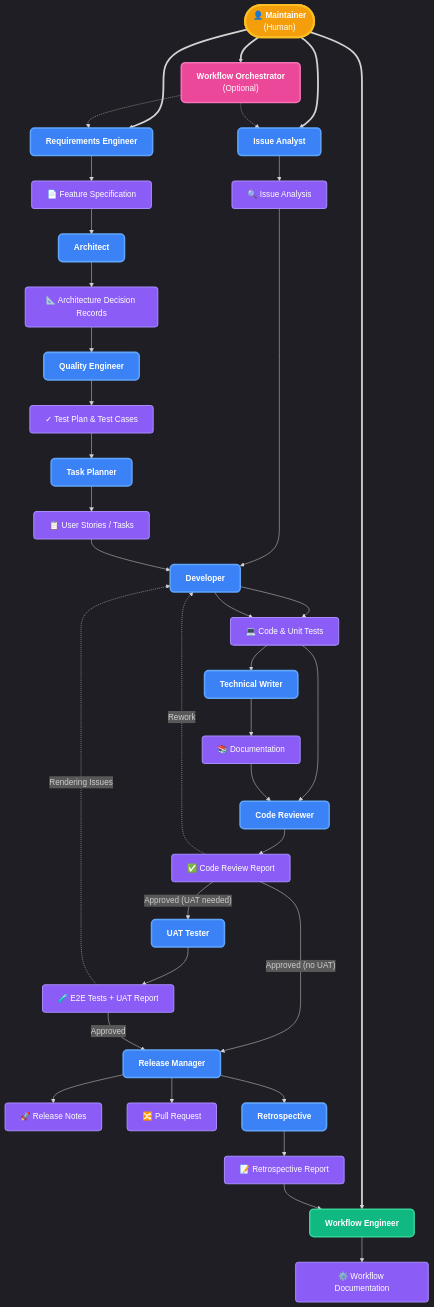
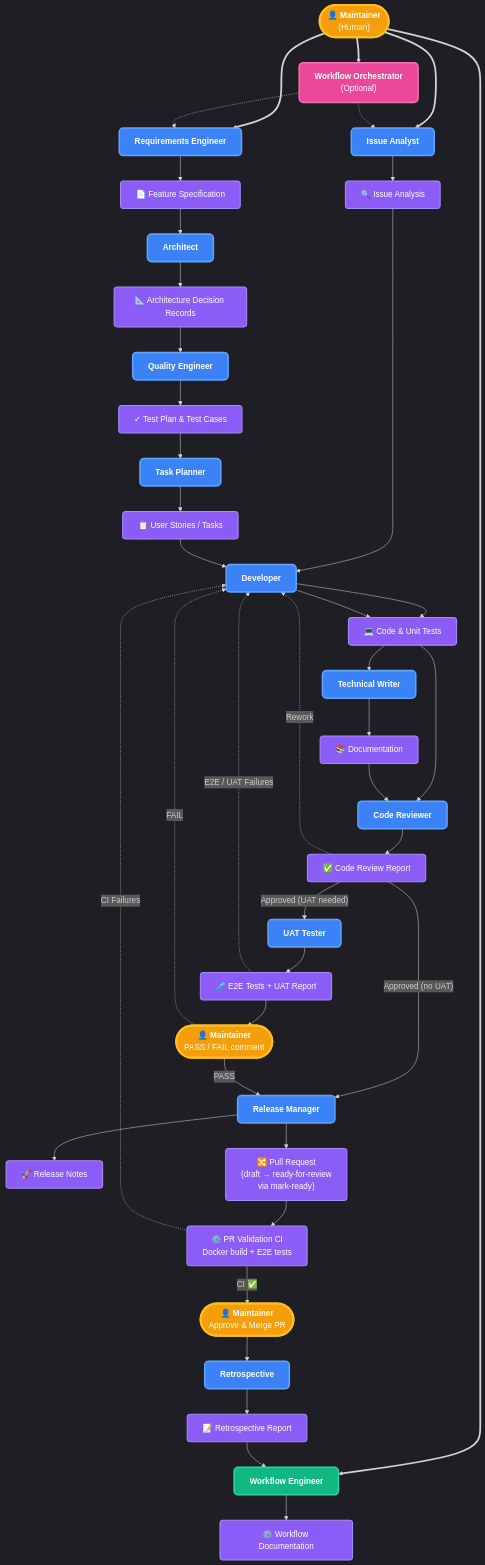
Before and after one commit to StanislavMakhrov/gruenbilanz: the diagram in docs/agents.md, drawn with Mermaid. The commit also changed other lines of this file and 1 other file, not shown here.

Commit message:
refactor: update agent workflow documentation for clarity and accuracy

````diff
--- a/docs/agents.md
+++ b/docs/agents.md
@@ -226,14 +226,17 @@
 	%% Row 17: Release Manager
 	RM["<b>Release Manager</b>"]
 
-	%% Row 16: Release Artifacts
+	%% Release Artifacts
 	REL["🚀 Release Notes"]
-	PR["🔀 Pull Request"]
+	PR["🔀 Pull Request<br/>(draft → ready-for-review<br/>via mark-ready)"]
+	CI["⚙️ PR Validation CI<br/>Docker build + E2E tests"]
 
-	%% Row 17: Retrospective
+	%% Maintainer touchpoints
+	UAT_REVIEW(["👤 <b>Maintainer</b><br/>PASS / FAIL comment"])
+	MERGE(["👤 <b>Maintainer</b><br/>Approve &amp; Merge PR"])
+
+	%% Retrospective
 	RETRO_AGENT["<b>Retrospective</b>"]
-
-	%% Row 18: Retro Report
 	RETRO["📝 Retrospective Report"]
 
 	%% Connections - Main Flow
@@ -265,19 +268,24 @@
 	CRR -- "Approved (no UAT)" --> RM
 
 	UAT_AGENT --> UAT
-	UAT -. "Rendering Issues" .-> DEV
-	UAT -- "Approved" --> RM
+	UAT -. "E2E / UAT Failures" .-> DEV
+	UAT --> UAT_REVIEW
+	UAT_REVIEW -. "FAIL" .-> DEV
+	UAT_REVIEW -- "PASS" --> RM
 
 	RM --> REL
 	RM --> PR
-	RM --> RETRO_AGENT
+	PR --> CI
+	CI -. "CI Failures" .-> DEV
+	CI -- "CI ✅" --> MERGE
+	MERGE --> RETRO_AGENT
 
 	RETRO_AGENT --> RETRO --> WE
 
 	%% Styling
-	class HUMAN human;
+	class HUMAN,UAT_REVIEW,MERGE human;
 	class WO orchestrator;
 	class IA_AGENT,RE,AR,TP_AGENT,QE,DEV,TW,CR,UAT_AGENT,RM,RETRO_AGENT agent;
 	class WE metaagent;
-	class IA,FS,US,ADR,TP,CODE,DOCS,CRR,REL,PR,WD,UAT,RETRO artifact;
+	class IA,FS,US,ADR,TP,CODE,DOCS,CRR,REL,PR,WD,UAT,RETRO,CI artifact;
 ```
````
